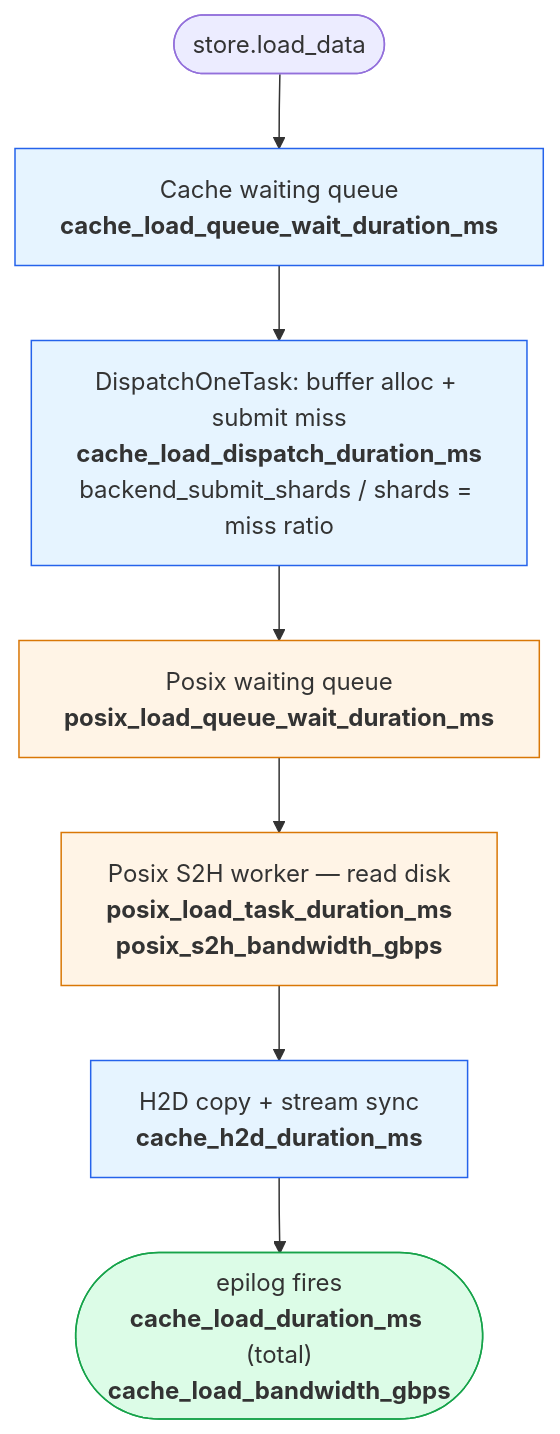
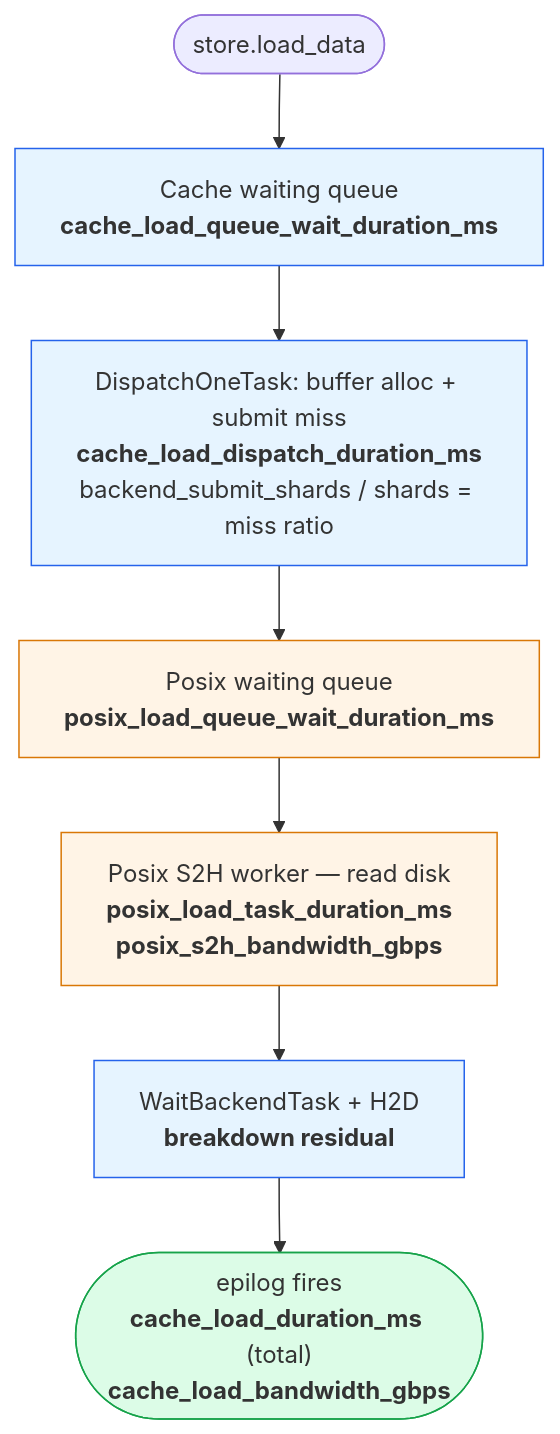
The second of 4 diagrams in docs/source/user-guide/metrics/performance_analysis.md (dante159753/unified-cache-management), drawn with Mermaid before and after one commit. The commit also changed other lines of this file and 5 other files, not shown here.

````diff
--- a/docs/source/user-guide/metrics/performance_analysis.md
+++ b/docs/source/user-guide/metrics/performance_analysis.md
@@ -39,17 +39,17 @@
 ```mermaid
 flowchart TD
     A(["store.load_data"])
     B["Cache waiting queue<br/><b>cache_load_queue_wait_duration_ms</b>"]
     C["DispatchOneTask: buffer alloc + submit miss<br/><b>cache_load_dispatch_duration_ms</b><br/>backend_submit_shards / shards = miss ratio"]
     D["Posix waiting queue<br/><b>posix_load_queue_wait_duration_ms</b>"]
     E["Posix S2H worker — read disk<br/><b>posix_load_task_duration_ms</b><br/><b>posix_s2h_bandwidth_gbps</b>"]
-    G["H2D copy + stream sync<br/><b>cache_h2d_duration_ms</b>"]
+    G["WaitBackendTask + H2D<br/><b>breakdown residual</b>"]
     H(["epilog fires<br/><b>cache_load_duration_ms</b> (total)<br/><b>cache_load_bandwidth_gbps</b>"])
     A --> B --> C --> D --> E --> G --> H
     classDef posix fill:#fff4e6,stroke:#d97706
     classDef cache fill:#e6f4ff,stroke:#2563eb
     classDef done fill:#dcfce7,stroke:#16a34a
     class B,C,G cache
     class D,E posix
     class H done
 ```
````
